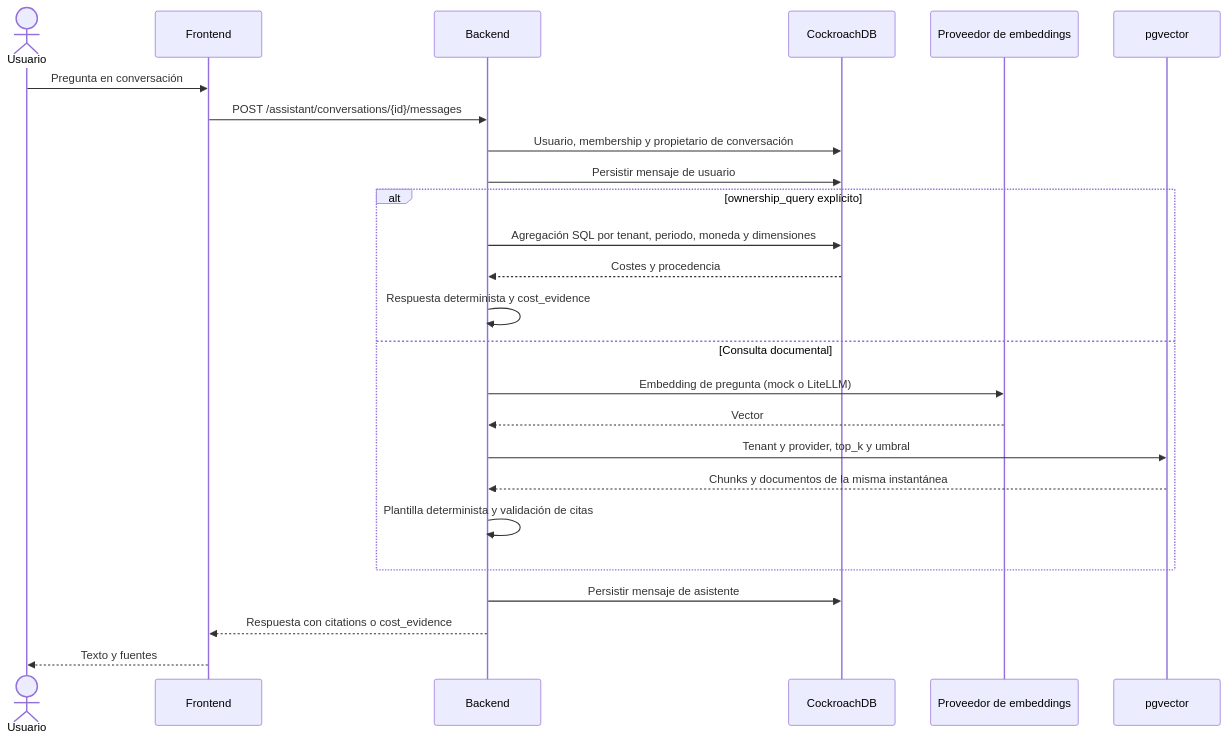
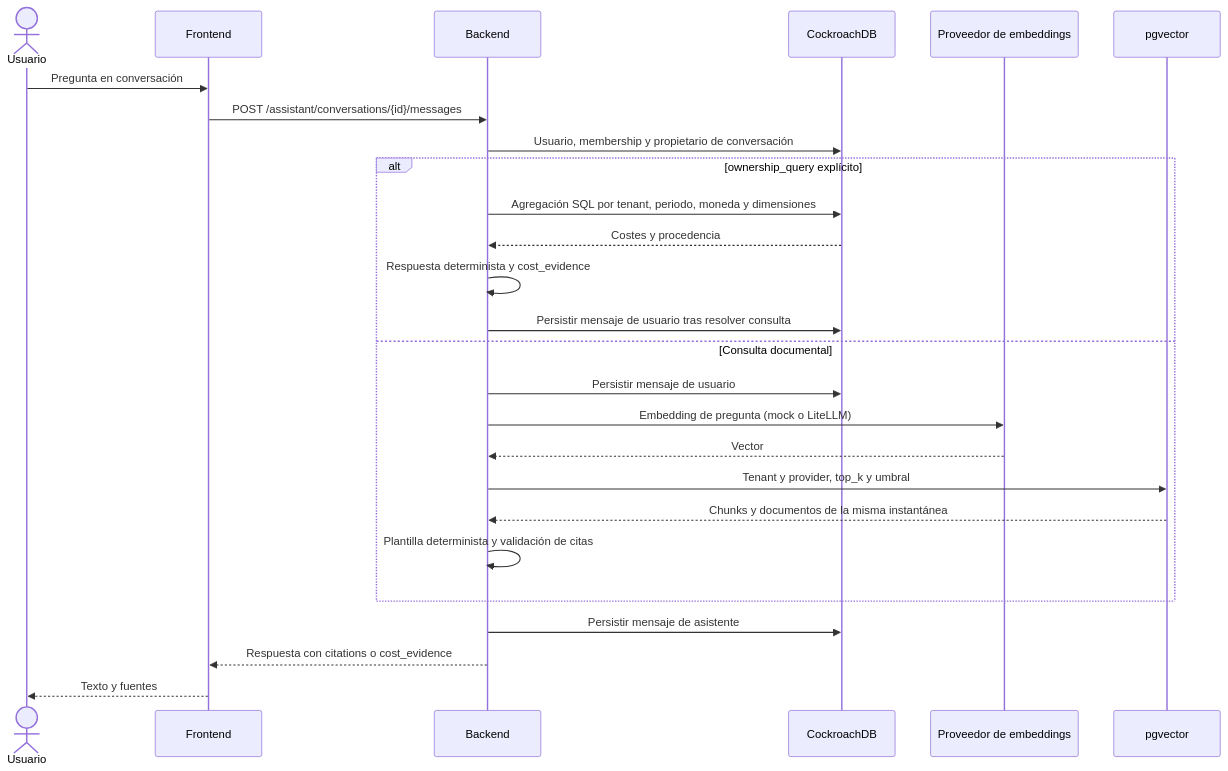
The second of 8 diagrams in docs/architecture.md (EconomiconFinOps/tfm-economicon), drawn with Mermaid before and after one commit. The commit also changed other lines of this file and 9 other files, not shown here.

Commit message:
docs(JUP-060): record delegated acceptance and archive architecture spec

````diff
--- a/docs/architecture.md
+++ b/docs/architecture.md
@@ -65,27 +65,28 @@
 ```mermaid
 sequenceDiagram
   actor U as Usuario
   participant UI as Frontend
   participant B as Backend
   participant DB as CockroachDB
   participant E as Proveedor de embeddings
   participant V as pgvector
   U->>UI: Pregunta en conversación
   UI->>B: POST /assistant/conversations/{id}/messages
   B->>DB: Usuario, membership y propietario de conversación
-  B->>DB: Persistir mensaje de usuario
   alt ownership_query explícito
     B->>DB: Agregación SQL por tenant, periodo, moneda y dimensiones
     DB-->>B: Costes y procedencia
     B->>B: Respuesta determinista y cost_evidence
+    B->>DB: Persistir mensaje de usuario tras resolver consulta
   else Consulta documental
+  B->>DB: Persistir mensaje de usuario
   B->>E: Embedding de pregunta (mock o LiteLLM)
   E-->>B: Vector
   B->>V: Tenant y provider, top_k y umbral
   V-->>B: Chunks y documentos de la misma instantánea
   B->>B: Plantilla determinista y validación de citas
   end
   B->>DB: Persistir mensaje de asistente
   B-->>UI: Respuesta con citations o cost_evidence
   UI-->>U: Texto y fuentes
 ```
````
